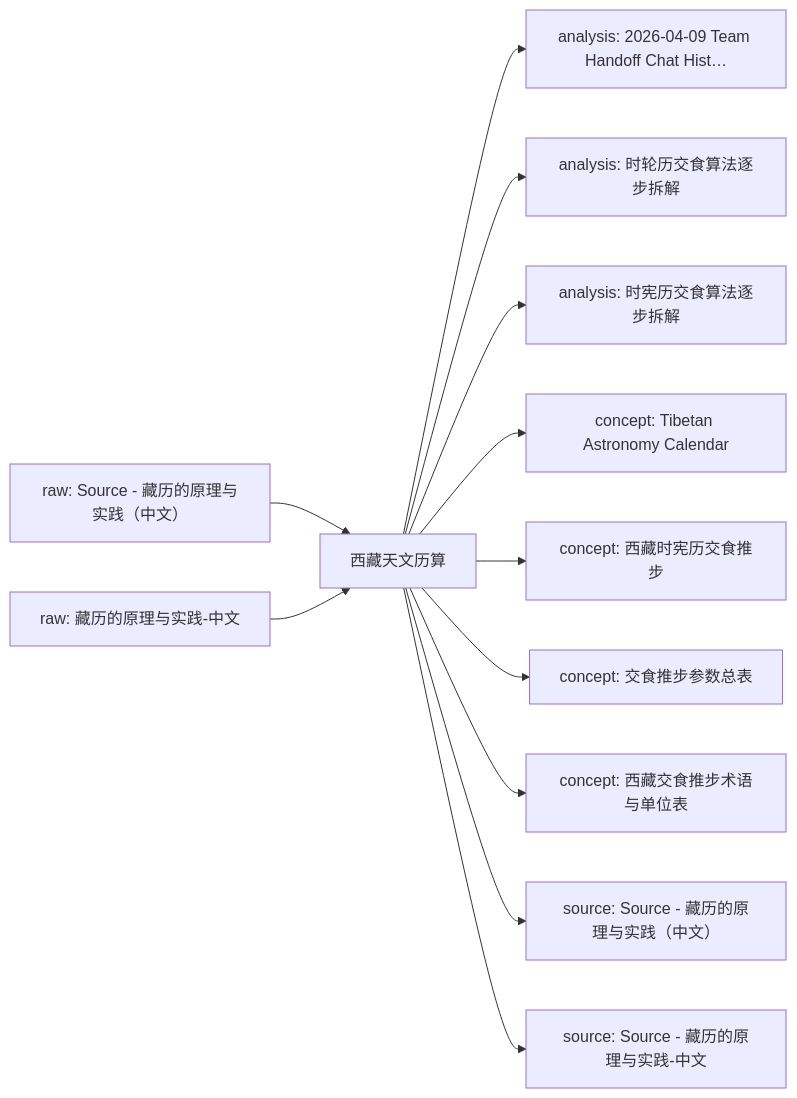
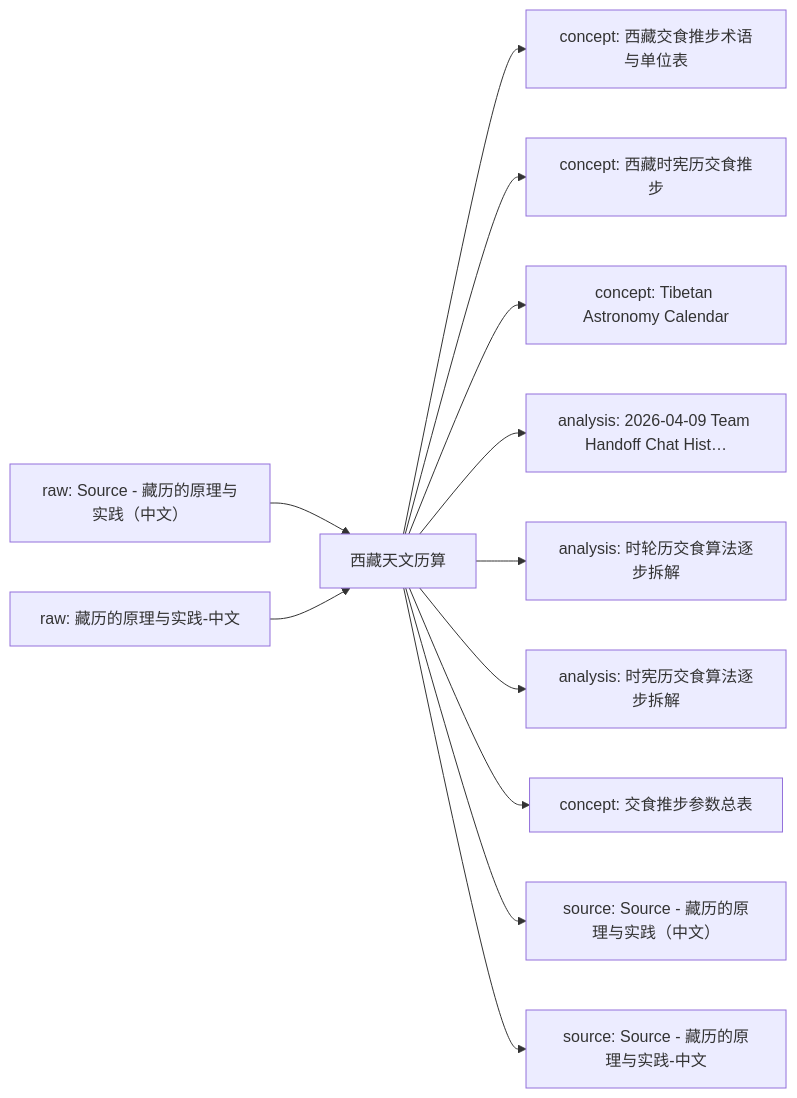
Before and after one commit to mwbel/ResearchManjushri: the first of 2 diagrams in LLM Wiki/wiki/domains/tibetan-astronomy-calendar.md, drawn with Mermaid. The commit also changed other lines of this file and 172 other files, not shown here.

````diff
--- a/LLM Wiki/wiki/domains/tibetan-astronomy-calendar.md
+++ b/LLM Wiki/wiki/domains/tibetan-astronomy-calendar.md
@@ -32,15 +32,15 @@
 ```mermaid
 flowchart LR
     D["西藏天文历算"]
     R1["raw: Source - 藏历的原理与实践（中文）"] --> D
     R2["raw: 藏历的原理与实践-中文"] --> D
-    D --> W1["analysis: 2026-04-09 Team Handoff Chat Hist…"]
-    D --> W2["analysis: 时轮历交食算法逐步拆解"]
-    D --> W3["analysis: 时宪历交食算法逐步拆解"]
-    D --> W4["concept: Tibetan Astronomy Calendar"]
-    D --> W5["concept: 西藏时宪历交食推步"]
-    D --> W6["concept: 交食推步参数总表"]
-    D --> W7["concept: 西藏交食推步术语与单位表"]
+    D --> W1["concept: 西藏交食推步术语与单位表"]
+    D --> W2["concept: 西藏时宪历交食推步"]
+    D --> W3["concept: Tibetan Astronomy Calendar"]
+    D --> W4["analysis: 2026-04-09 Team Handoff Chat Hist…"]
+    D --> W5["analysis: 时轮历交食算法逐步拆解"]
+    D --> W6["analysis: 时宪历交食算法逐步拆解"]
+    D --> W7["concept: 交食推步参数总表"]
     D --> W8["source: Source - 藏历的原理与实践（中文）"]
     D --> W9["source: Source - 藏历的原理与实践-中文"]
 ```
````
